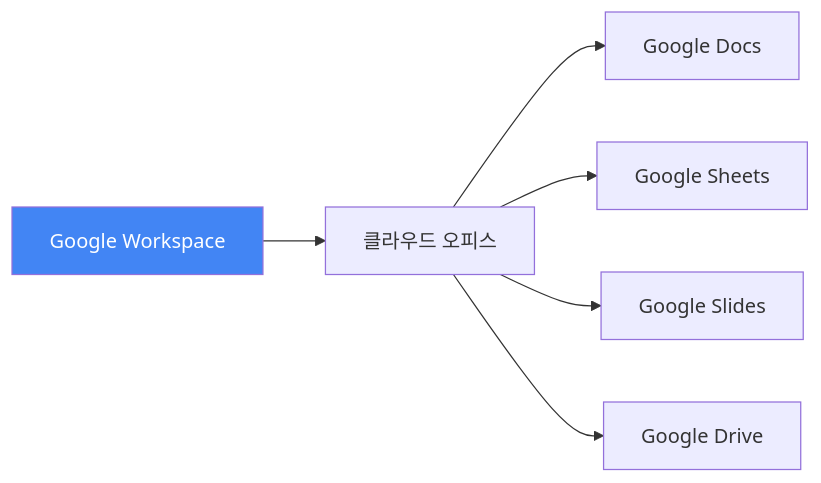
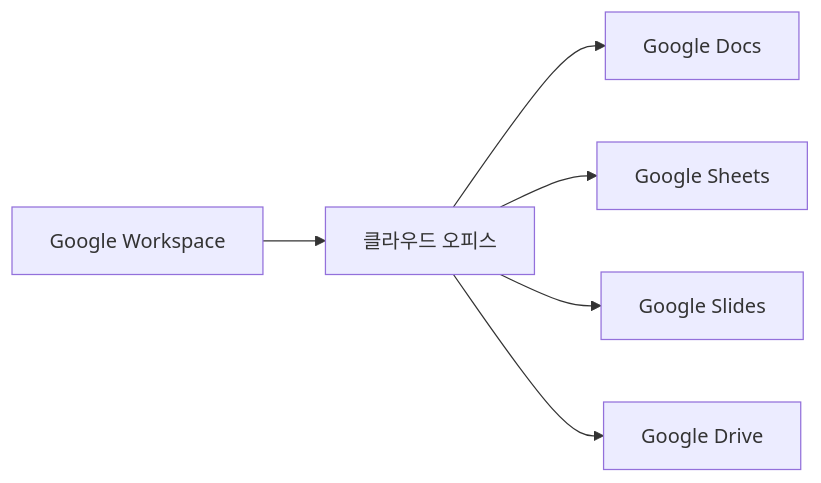
One commit to nugurejeil/weniVooks changed the fifth of 20 diagrams in _md/genai-notion/chapter06/06-2.md. Above: the diagram before and after it, drawn with Mermaid. The commit also changed other lines of this file and 187 other files, not shown here.

````diff
--- a/_md/genai-notion/chapter06/06-2.md
+++ b/_md/genai-notion/chapter06/06-2.md
@@ -188,11 +185,9 @@
 ```mermaid
 graph LR
     A[Google Workspace] --> B[클라우드 오피스]
 
     B --> B1[Google Docs]
     B --> B2[Google Sheets]
     B --> B3[Google Slides]
     B --> B4[Google Drive]
-
-    style A fill:#4285F4,color:#fff
 ```
````
